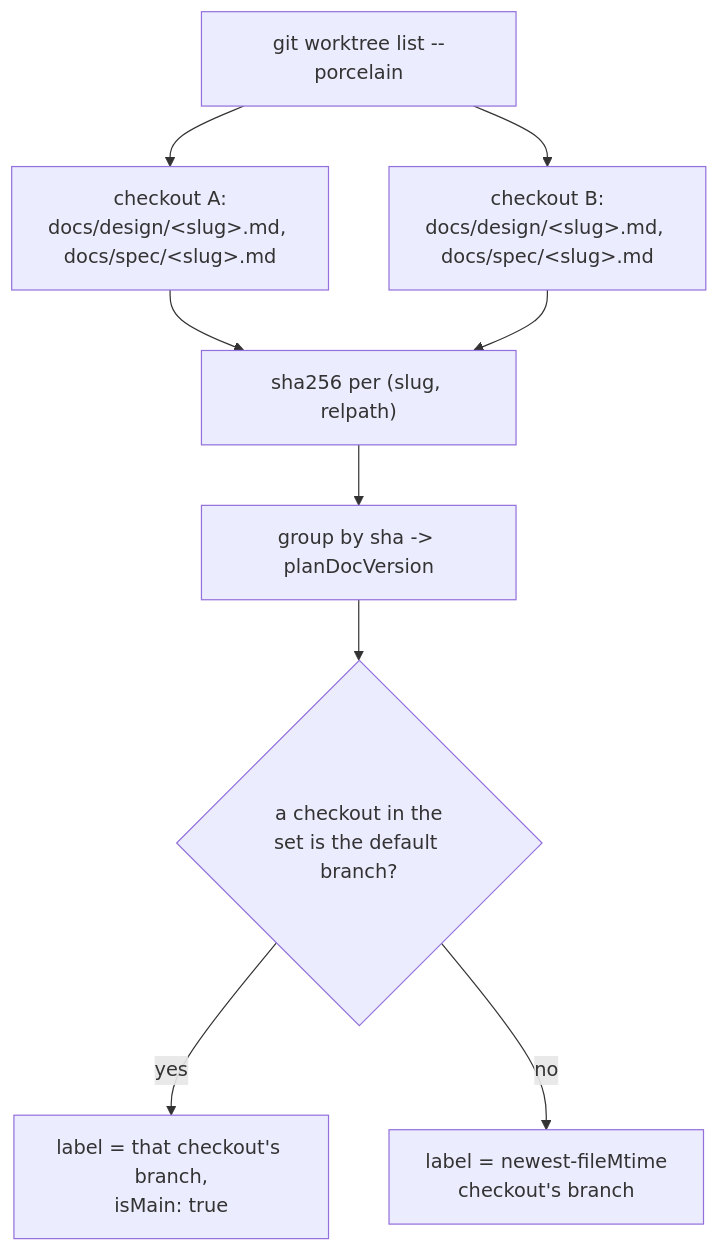
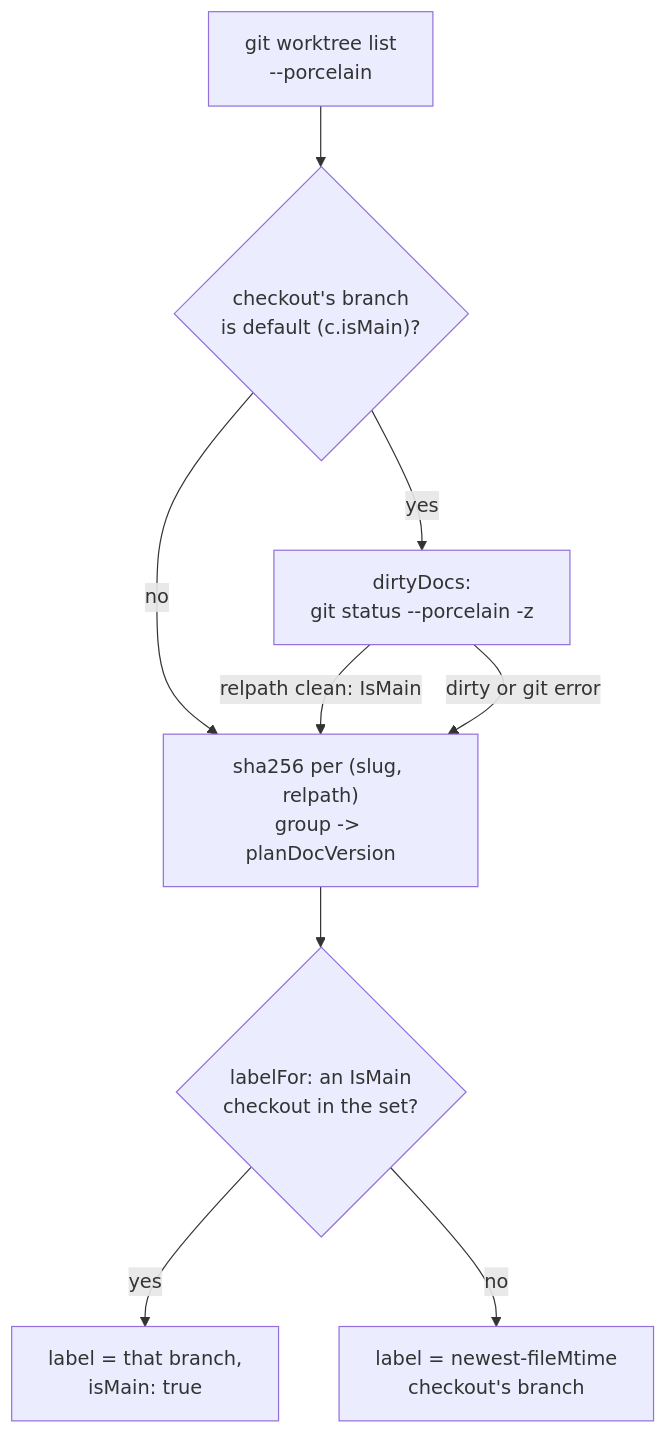
One commit to damusix/atomic-claude changed the fifth of 10 diagrams in docs/wiki/serve.md. Above: the diagram before and after it, drawn with Mermaid. The commit also changed other lines of this file and 19 other files, not shown here.

````diff
--- a/docs/wiki/serve.md
+++ b/docs/wiki/serve.md
@@ -116,11 +176,12 @@
 ```mermaid
 flowchart TD
-    W["git worktree list --porcelain"] --> DA["checkout A:<br/>docs/design/&lt;slug&gt;.md, docs/spec/&lt;slug&gt;.md"]
-    W --> DB["checkout B:<br/>docs/design/&lt;slug&gt;.md, docs/spec/&lt;slug&gt;.md"]
-    DA --> H["sha256 per (slug, relpath)"]
-    DB --> H
-    H --> G["group by sha -&gt; planDocVersion"]
-    G --> M{"a checkout in the<br/>set is the default branch?"}
-    M -->|yes| L1["label = that checkout's branch,<br/>isMain: true"]
+    %% source: atomic/internal/serve/plans.go
+    W["git worktree list<br/>--porcelain"] --> C{"checkout's branch<br/>is default (c.isMain)?"}
+    C -->|no| H["sha256 per (slug, relpath)<br/>group -&gt; planDocVersion"]
+    C -->|yes| D["dirtyDocs:<br/>git status --porcelain -z"]
+    D -->|"relpath clean: IsMain"| H
+    D -->|"dirty or git error"| H
+    H --> M{"labelFor: an IsMain<br/>checkout in the set?"}
+    M -->|yes| L1["label = that branch,<br/>isMain: true"]
     M -->|no| L2["label = newest-fileMtime<br/>checkout's branch"]
 ```
````
